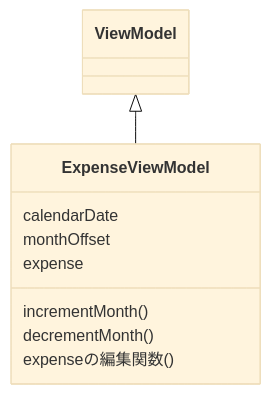
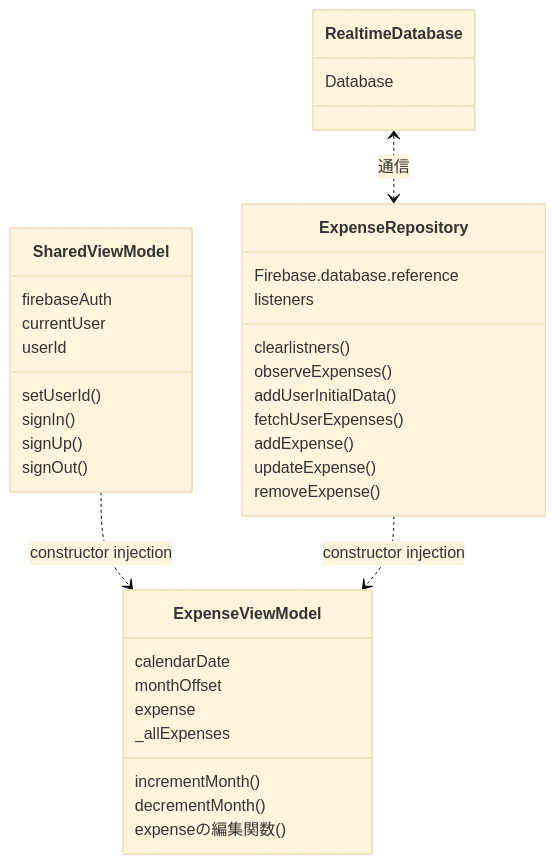
Before and after one commit to GakuAkita/HouseholdExpenses: the diagram in app/src/main/java/gaku/original/myapplication/UML/ClassDiagram.md, drawn with Mermaid (base theme).

Commit message:
Current Structure. Before writing codes, I will design the classes first.

`````diff
--- a/app/src/main/java/gaku/original/myapplication/UML/ClassDiagram.md
+++ b/app/src/main/java/gaku/original/myapplication/UML/ClassDiagram.md
@@ -1,19 +1,48 @@
 ```mermaid
 classDiagram
-
-ViewModel<|-- ExpenseViewModel
-
 
 
 class ExpenseViewModel{
 calendarDate
 monthOffset
 expense
+_allExpenses
 
 incrementMonth()
 decrementMonth()
 expenseの編集関数()
 }
 
+%%Firebase関連がまとめられる。ユーザーとか
+class SharedViewModel{
+firebaseAuth
+currentUser
+userId
+
+setUserId()
+signIn()
+signUp()
+signOut()
+}
+SharedViewModel ..> ExpenseViewModel :constructor injection
+
+class ExpenseRepository{
+Firebase.database.reference
+listeners
+
+clearlistners()
+observeExpenses()
+addUserInitialData()
+fetchUserExpenses()
+addExpense()
+updateExpense()
+removeExpense()
+}
+ExpenseRepository ..> ExpenseViewModel :constructor injection
+
+class RealtimeDatabase{
+Database
+}
+RealtimeDatabase <..> ExpenseRepository: 通信
 
 ````
`````
